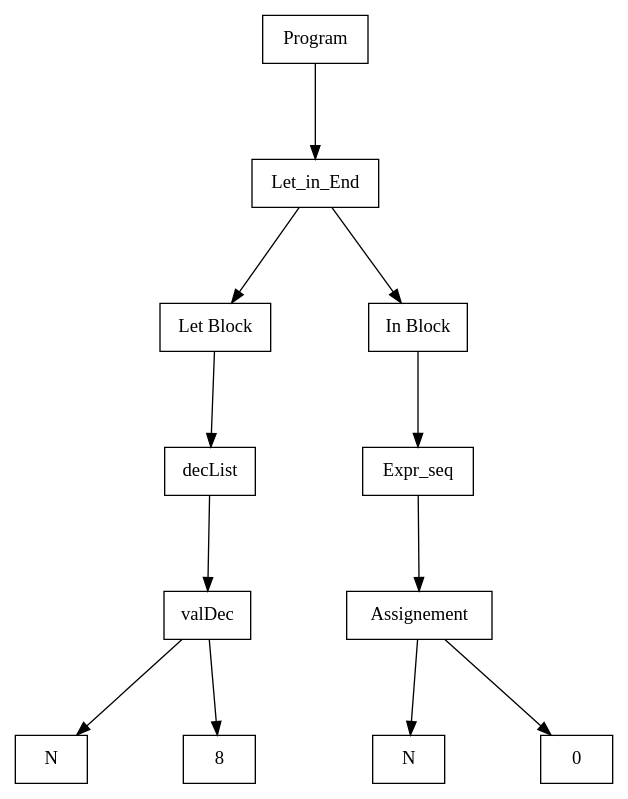
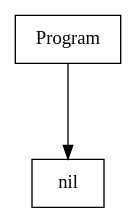
One commit to fl3ur1nestimable/tiger-compiler changed the diagram in out/tree.dot. Above: the diagram before and after it, drawn with Graphviz. The commit also changed 23 other files, not shown here.

```diff
--- a/out/tree.dot
+++ b/out/tree.dot
@@ -1,30 +1,10 @@
 digraph "ast"{
 
 	nodesep=1;
 	ranksep=1;
 
-	N2 [label="Let Block", shape="box"];
-	N3 [label="decList", shape="box"];
-	N4 [label="valDec", shape="box"];
-	N5 [label="N", shape="box"];
-	N6 [label="8", shape="box"];
-	N1 [label="Let_in_End", shape="box"];
-	N7 [label="In Block", shape="box"];
-	N8 [label="Expr_seq", shape="box"];
-	N9 [label="Assignement", shape="box"];
-	N10 [label="N", shape="box"];
-	N11 [label="0", shape="box"];
+	N1 [label="nil", shape="box"];
 	N0 [label="Program", shape="box"];
 
-	N4 -> N5; 
-	N4 -> N6; 
-	N3 -> N4; 
-	N1 -> N2; 
-	N2 -> N3; 
-	N1 -> N7; 
-	N9 -> N10; 
-	N9 -> N11; 
-	N8 -> N9; 
-	N7 -> N8; 
 	N0 -> N1; 
 }
```
